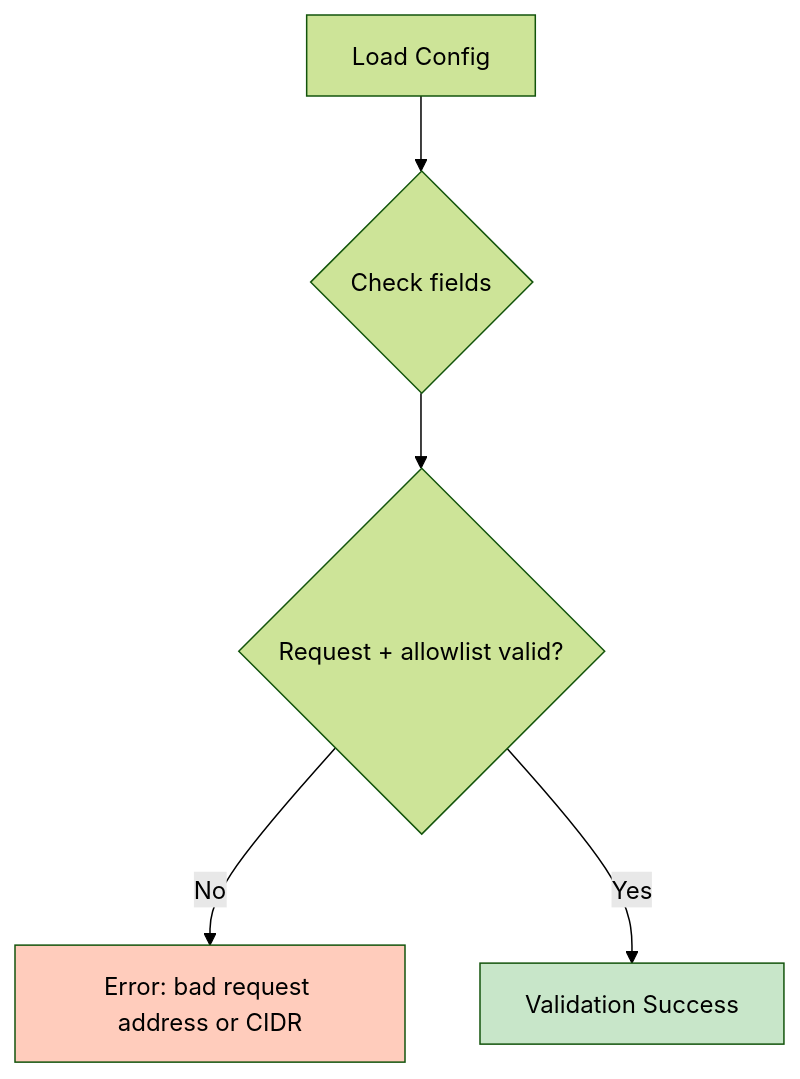
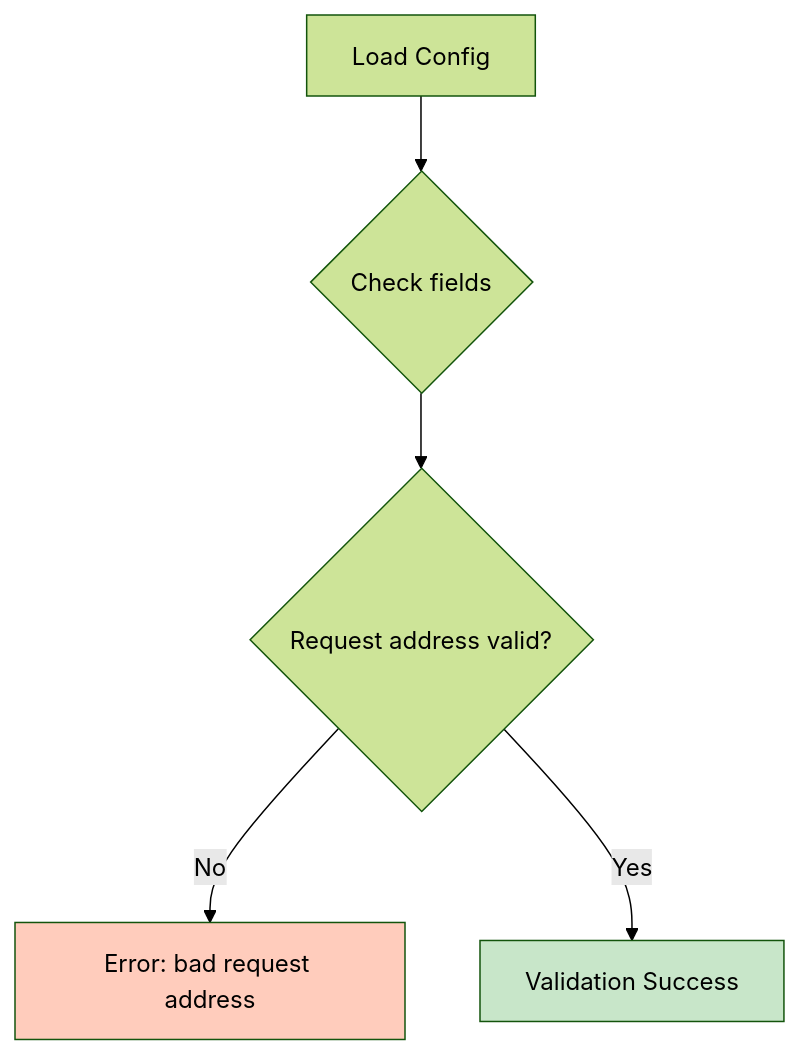
Before and after one commit to andrewtheguy/duopipe: diagram 13 of 21 in docs/ARCHITECTURE.md, drawn with Mermaid (forest theme). The commit also changed other lines of this file and 12 other files, not shown here.

````diff
--- a/docs/ARCHITECTURE.md
+++ b/docs/ARCHITECTURE.md
@@ -470,12 +464,12 @@
 ```mermaid
 graph TB
     A[Load Config] --> F{Check fields}
 
-    F --> I{Request + allowlist valid?}
+    F --> I{Request address valid?}
 
-    I -->|No| J[Error: bad request address or CIDR]
+    I -->|No| J[Error: bad request address]
     I -->|Yes| K[Validation Success]
 
     style J fill:#FFCCBC
     style K fill:#C8E6C9
 ```
````
